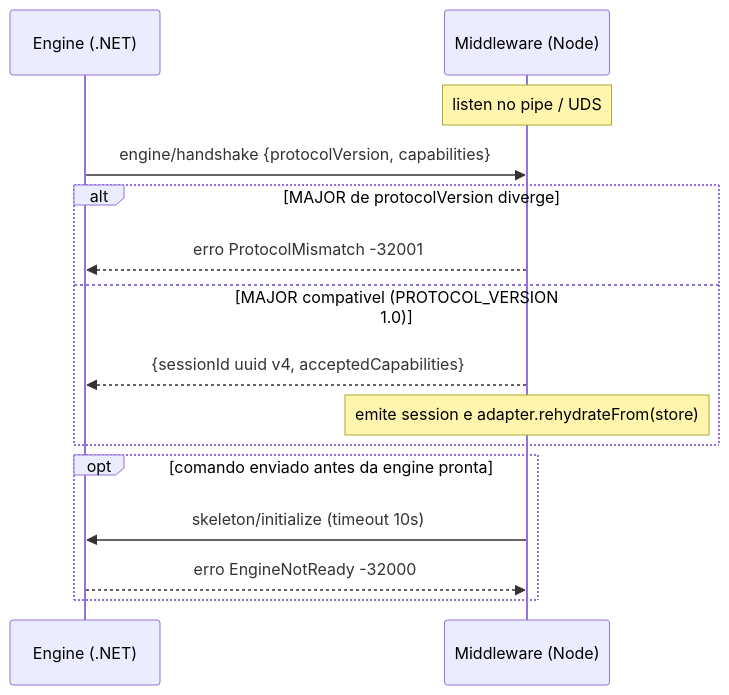
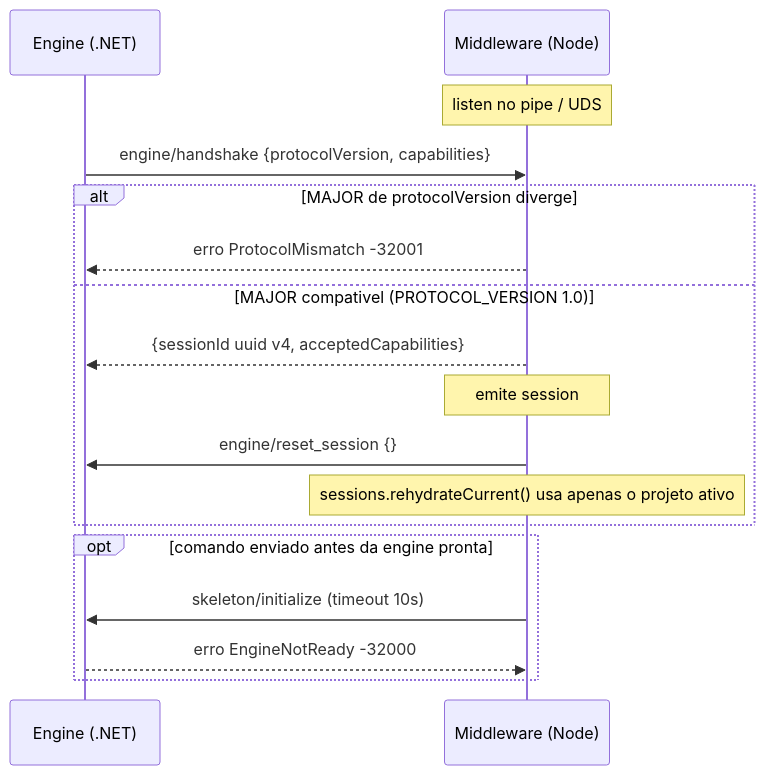
The second of 2 diagrams in contracts/schemas/error-codes.md (flaviotinococoutinho/Gridsmith), drawn with Mermaid before and after one commit. The commit also changed other lines of this file and 68 other files, not shown here.

````diff
--- a/contracts/schemas/error-codes.md
+++ b/contracts/schemas/error-codes.md
@@ -56,17 +66,19 @@
 ```mermaid
 sequenceDiagram
   participant E as Engine (.NET)
   participant M as Middleware (Node)
   Note over M: listen no pipe / UDS
   E->>M: engine/handshake {protocolVersion, capabilities}
   alt MAJOR de protocolVersion diverge
     M-->>E: erro ProtocolMismatch -32001
   else MAJOR compativel (PROTOCOL_VERSION 1.0)
     M-->>E: {sessionId uuid v4, acceptedCapabilities}
-    Note over M: emite session e adapter.rehydrateFrom(store)
+    Note over M: emite session
+    M->>E: engine/reset_session {}
+    Note over M: sessions.rehydrateCurrent() usa apenas o projeto ativo
   end
   opt comando enviado antes da engine pronta
     M->>E: skeleton/initialize (timeout 10s)
     E-->>M: erro EngineNotReady -32000
   end
 ```
````
